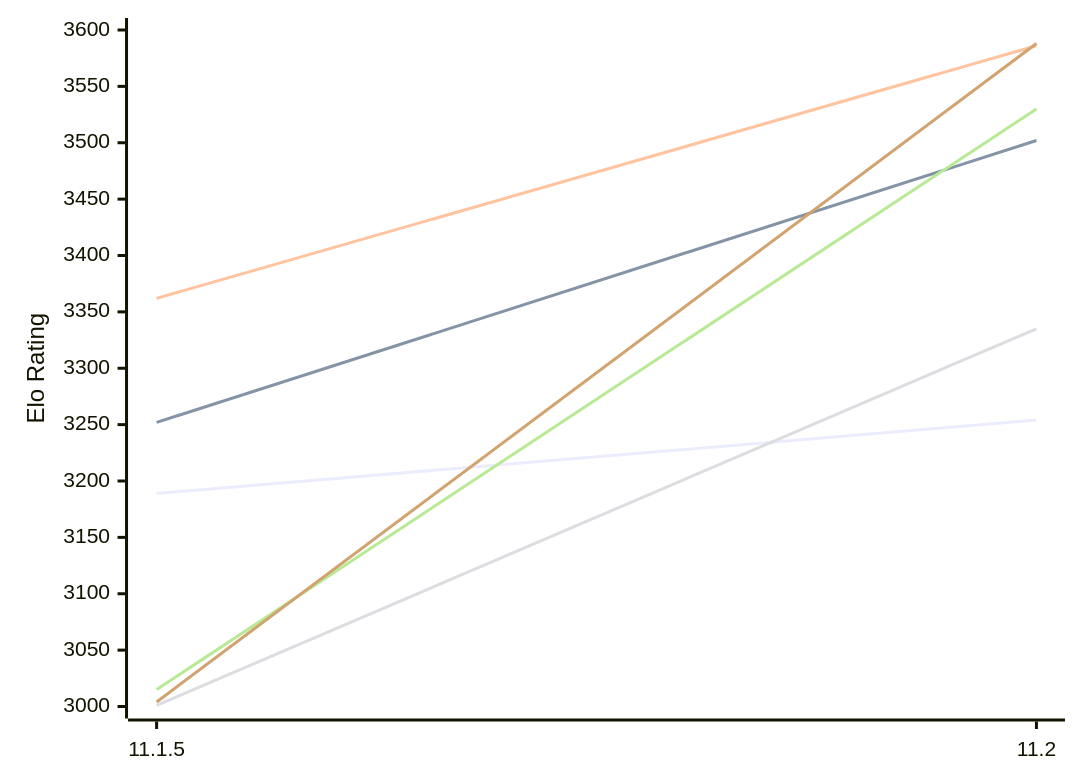
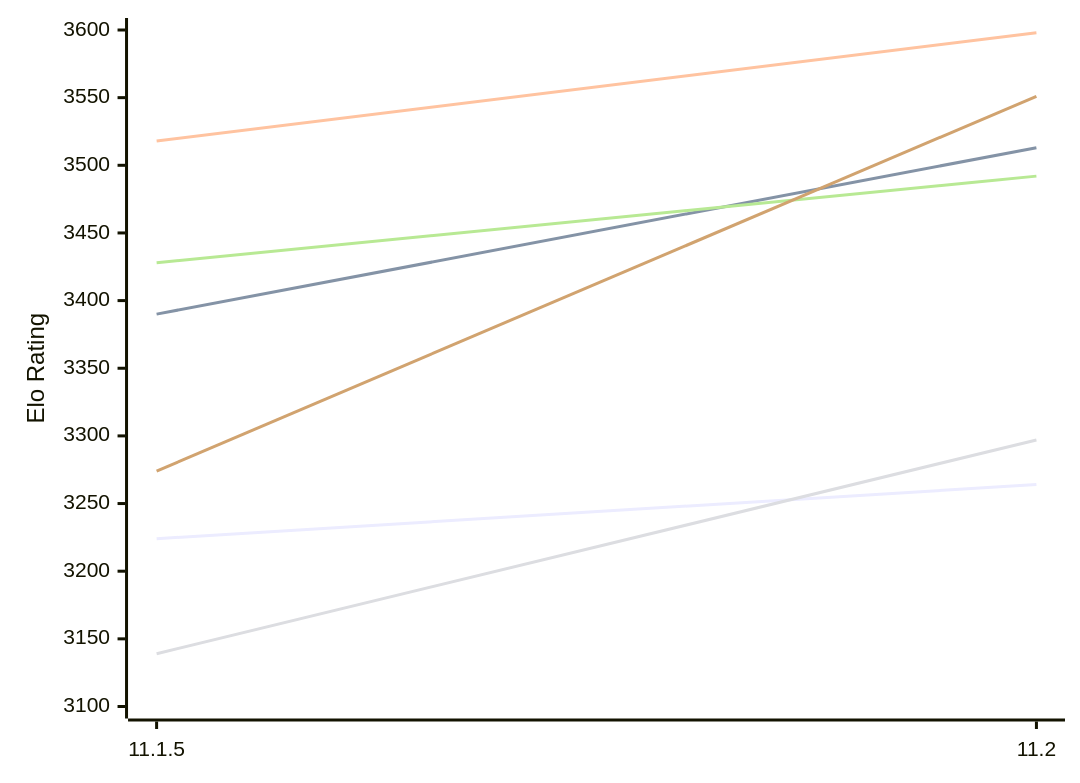
One commit to computer-chess-index/cci changed the first of 2 diagrams in engines/Lizard.md. Above: the diagram before and after it, drawn with Mermaid. The commit also changed other lines of this file, not shown here.

Commit message:
Update CCI Ratings (ELO VLTC) - 2026-11-14

````diff
--- a/engines/Lizard.md
+++ b/engines/Lizard.md
@@ -52,12 +52,12 @@
 ```mermaid
 %%{init: {"theme":"base","themeVariables":{"seriesColors:['#a3a3a3','#222221','#faa371']}}}%%
 xychart-beta
   x-axis ["11.1.5", "11.2"]
-  y-axis "Elo Rating" 3000 --> 3600
-  line "E1: STC (8.0+0.08s)" [3189, 3254]
-  line "E1: LTC (60.0+0.60s)" [3252, 3502]
-  line "E1: VLTC (2m24s+1.12s)" [3362, 3586]
-  line "P1: STC (8.0+0.08s)" [3001, 3335]
-  line "P1: LTC (60.0+0.60s)" [3015, 3530]
-  line "P1: VLTC (2m24s+1.12s)" [3004, 3588]
+  y-axis "Elo Rating" 3100 --> 3600
+  line "E1: STC (8.0+0.08s)" [3224, 3264]
+  line "E1: LTC (60.0+0.60s)" [3390, 3513]
+  line "E1: VLTC (2m24s+1.12s)" [3518, 3598]
+  line "P1: STC (8.0+0.08s)" [3139, 3297]
+  line "P1: LTC (60.0+0.60s)" [3428, 3492]
+  line "P1: VLTC (2m24s+1.12s)" [3274, 3551]
 ```
````
